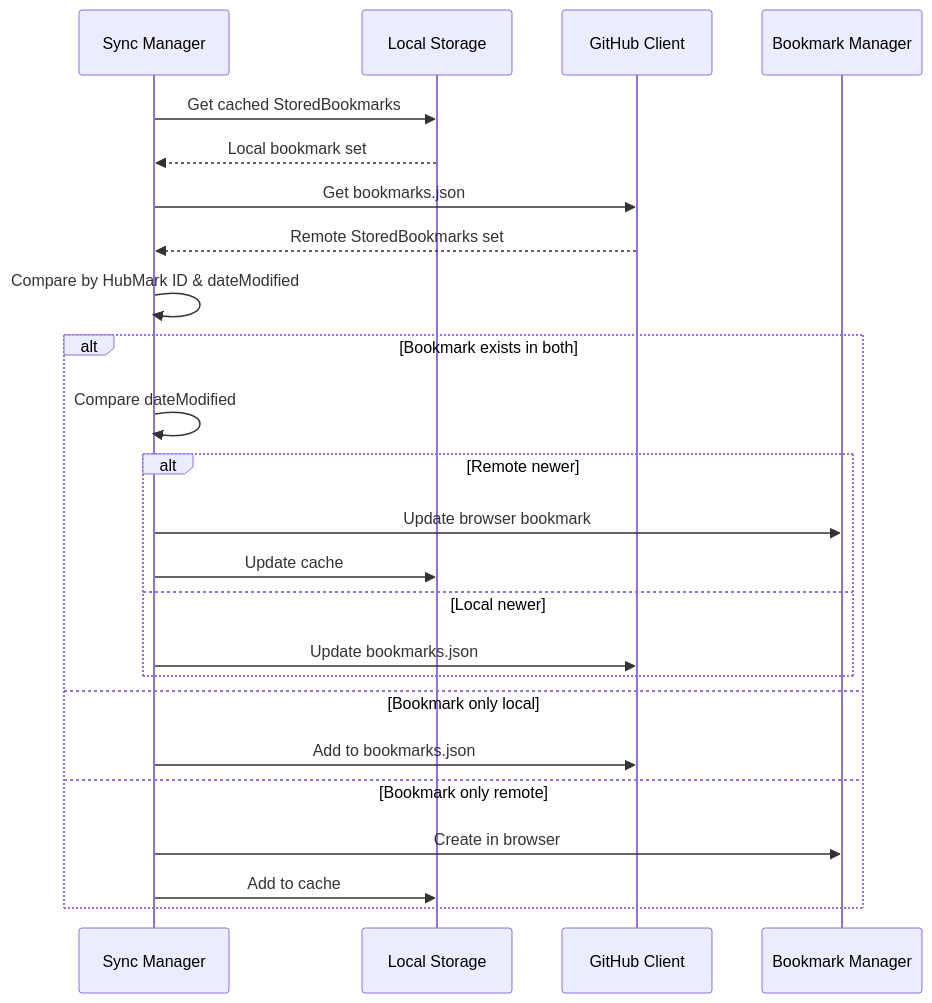
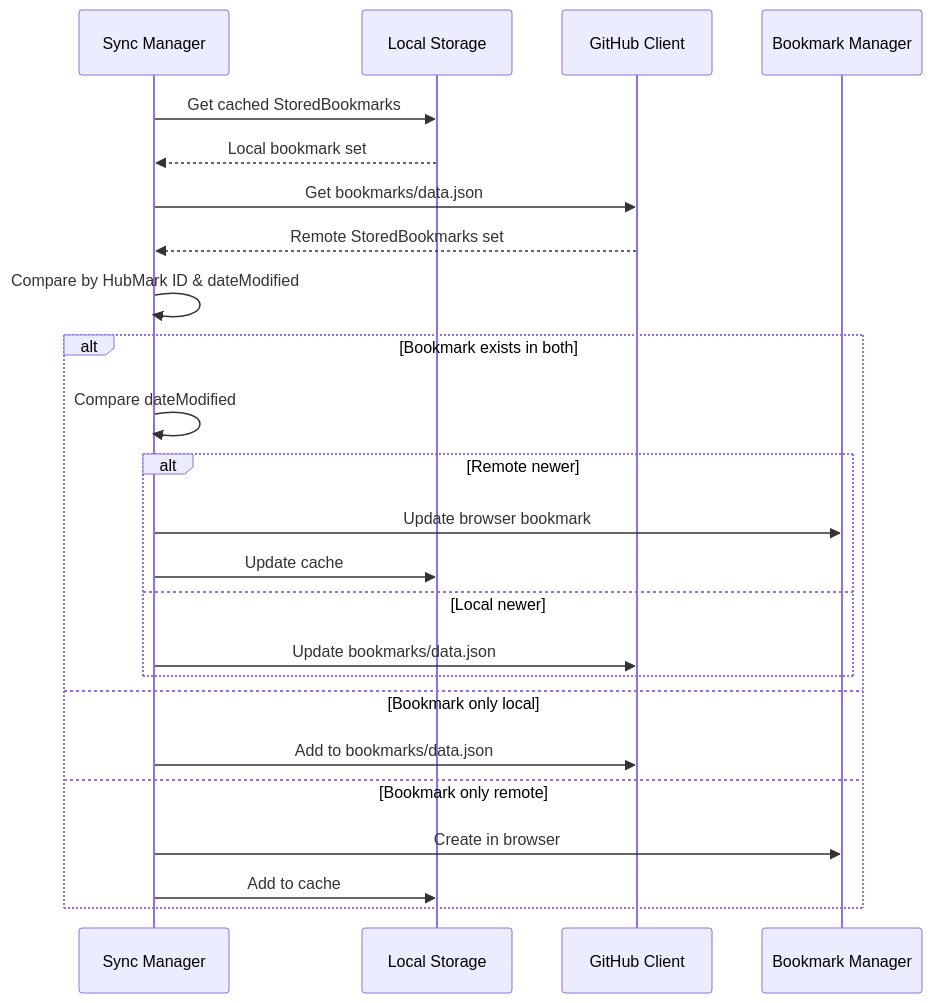
Before and after one commit to danlourenco/hubmarks: the eighth of 14 diagrams in docs/data-flow.md, drawn with Mermaid. The commit also changed other lines of this file and 4 other files, not shown here.

First line of the commit message:
docs: standardize all paths to use bookmarks/data.json structure

````diff
--- a/docs/data-flow.md
+++ b/docs/data-flow.md
@@ -233,28 +233,28 @@
 ```mermaid
 sequenceDiagram
     participant SM as Sync Manager
     participant Local as Local Storage
     participant Remote as GitHub Client
     participant BM as Bookmark Manager
     
     SM->>Local: Get cached StoredBookmarks
     Local-->>SM: Local bookmark set
-    SM->>Remote: Get bookmarks.json
+    SM->>Remote: Get bookmarks/data.json
     Remote-->>SM: Remote StoredBookmarks set
     SM->>SM: Compare by HubMark ID & dateModified
     
     alt Bookmark exists in both
         SM->>SM: Compare dateModified
         alt Remote newer
             SM->>BM: Update browser bookmark
             SM->>Local: Update cache
         else Local newer
-            SM->>Remote: Update bookmarks.json
+            SM->>Remote: Update bookmarks/data.json
         end
     else Bookmark only local
-        SM->>Remote: Add to bookmarks.json
+        SM->>Remote: Add to bookmarks/data.json
     else Bookmark only remote  
         SM->>BM: Create in browser
         SM->>Local: Add to cache
     end
 ```
````
